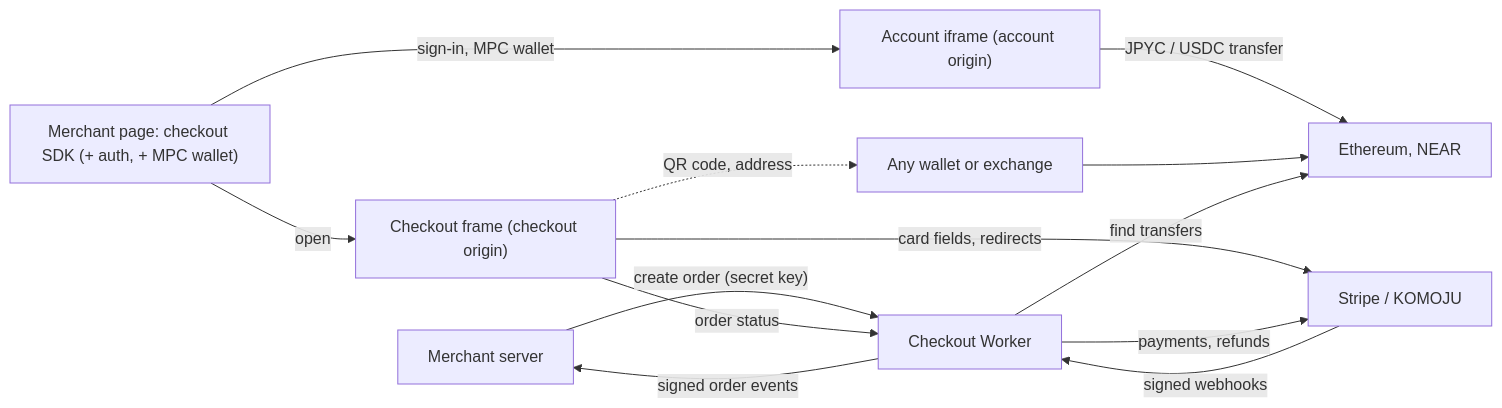
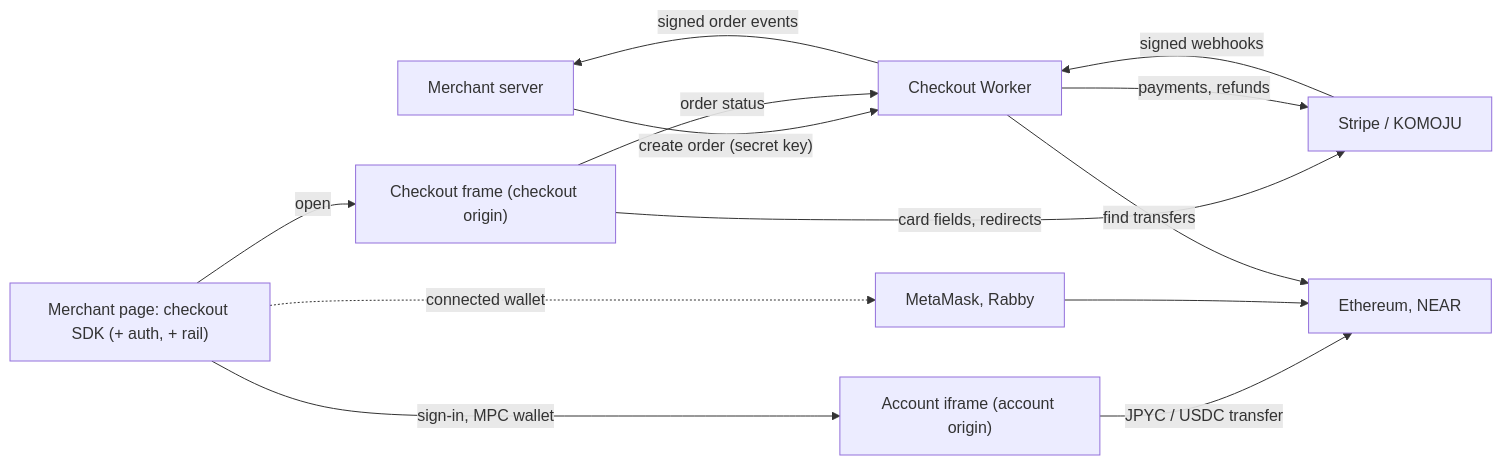
One commit to seams-tech/seams-wallet changed the second of 4 diagrams in docs/refactor-250-seams-checkout.md. Above: the diagram before and after it, drawn with Mermaid. The commit also changed other lines of this file and 1 other file, not shown here.

First line of the commit message:
Plan: keep the wallet connectors; no payment to a bare address or QR code

````diff
--- a/docs/refactor-250-seams-checkout.md
+++ b/docs/refactor-250-seams-checkout.md
@@ -293,15 +291,15 @@
 ```mermaid
 flowchart LR
     MS["Merchant server"] -->|"create order (secret key)"| CW["Checkout Worker"]
-    App["Merchant page: checkout SDK (+ auth, + MPC wallet)"] -->|"open"| CF["Checkout frame (checkout origin)"]
+    App["Merchant page: checkout SDK (+ auth, + rail)"] -->|"open"| CF["Checkout frame (checkout origin)"]
     App -->|"sign-in, MPC wallet"| AI["Account iframe (account origin)"]
-    CF -. "QR code, address" .-> EW["Any wallet or exchange"]
+    App -. "connected wallet" .-> EW["MetaMask, Rabby"]
     CF -->|"card fields, redirects"| PSP["Stripe / KOMOJU"]
     CF -->|"order status"| CW
     AI -->|"JPYC / USDC transfer"| Chain["Ethereum, NEAR"]
     EW --> Chain
     CW -->|"payments, refunds"| PSP
     PSP -->|"signed webhooks"| CW
     CW -->|"find transfers"| Chain
     CW -->|"signed order events"| MS
 ```
````
